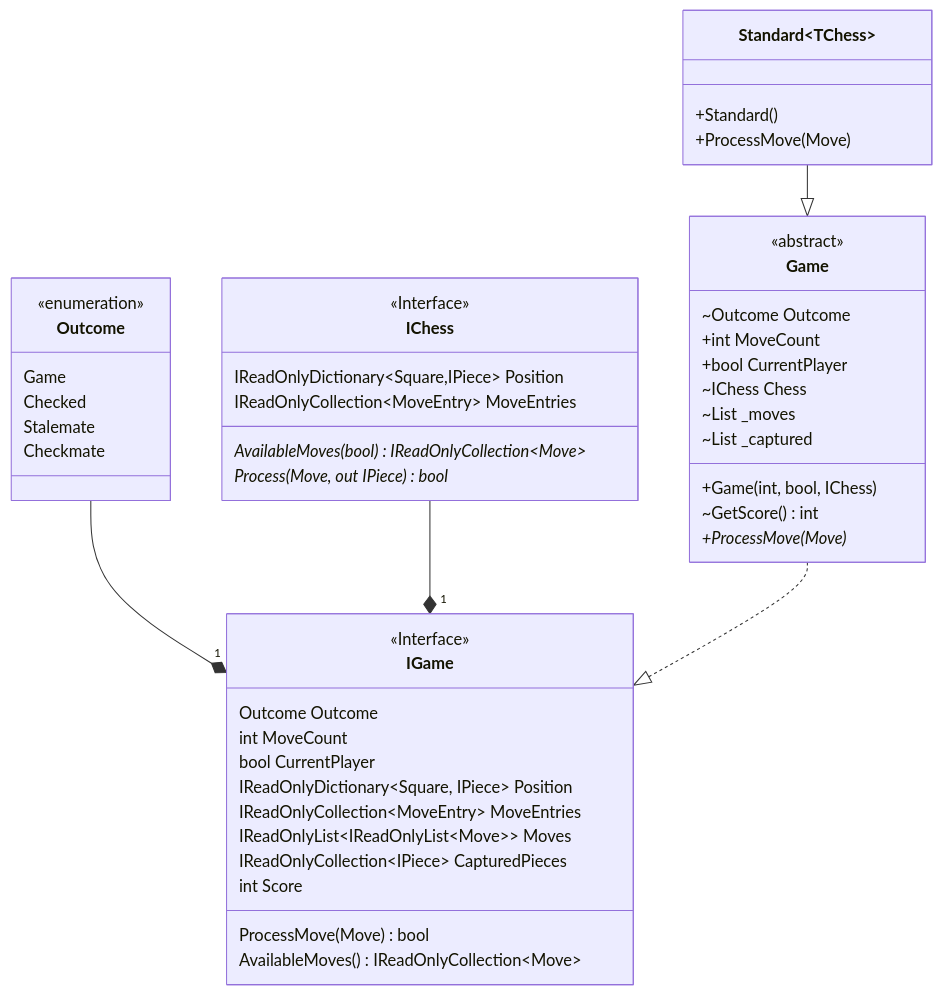
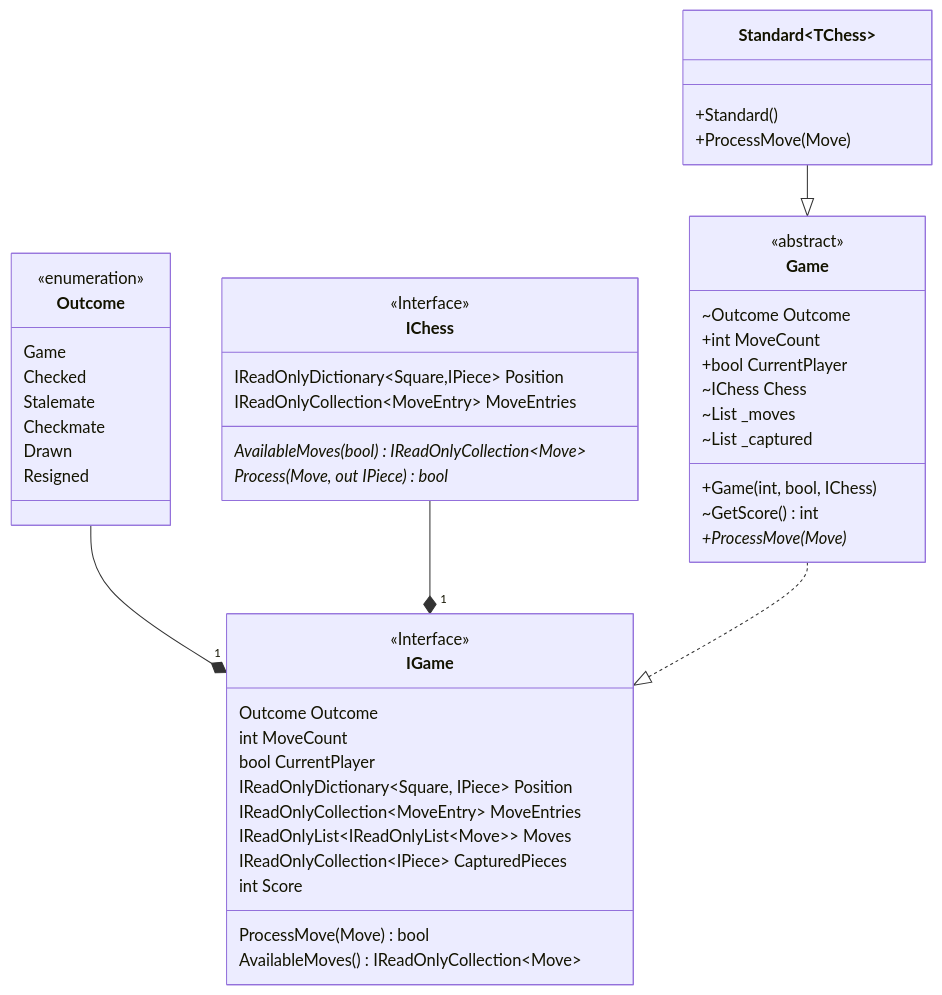
The diagram in docs/UML/Core/Game.md (JeanLColombo/Mate), drawn with Mermaid before and after one commit. The commit also changed 6 other files, not shown here.

````diff
--- a/docs/UML/Core/Game.md
+++ b/docs/UML/Core/Game.md
@@ -5,50 +5,52 @@
 ```mermaid
     classDiagram
     class Outcome{
         <<enumeration>>
         Game
         Checked
         Stalemate
         Checkmate
+        Drawn
+        Resigned
     }
     class IChess{
         <<Interface>>
         IReadOnlyDictionary~Square,IPiece~ Position
         IReadOnlyCollection~MoveEntry~ MoveEntries
         AvailableMoves(bool)* IReadOnlyCollection~Move~
         Process(Move, out IPiece)* bool
     }
     class IGame{
         <<Interface>>
         Outcome Outcome
         int MoveCount
         bool CurrentPlayer
         IReadOnlyDictionary~Square, IPiece~ Position
         IReadOnlyCollection~MoveEntry~ MoveEntries
         IReadOnlyList~IReadOnlyList~Move~~ Moves
         IReadOnlyCollection~IPiece~ CapturedPieces
         int Score
         ProcessMove(Move) bool
         AvailableMoves() IReadOnlyCollection~Move~
     }
     class Game{
         <<abstract>>
         ~Outcome Outcome
         +int MoveCount
         +bool CurrentPlayer
         ~IChess Chess
         ~List _moves
         ~List _captured
         +Game(int, bool, IChess)
         ~GetScore() int
         +ProcessMove(Move)*
     }
     class Standard~TChess~{
         +Standard()
         +ProcessMove(Move)
     }
     Outcome --* "1" IGame
     IChess --* "1" IGame
     Game ..|> IGame
     Standard~TChess~ --|> Game
 ```
````
